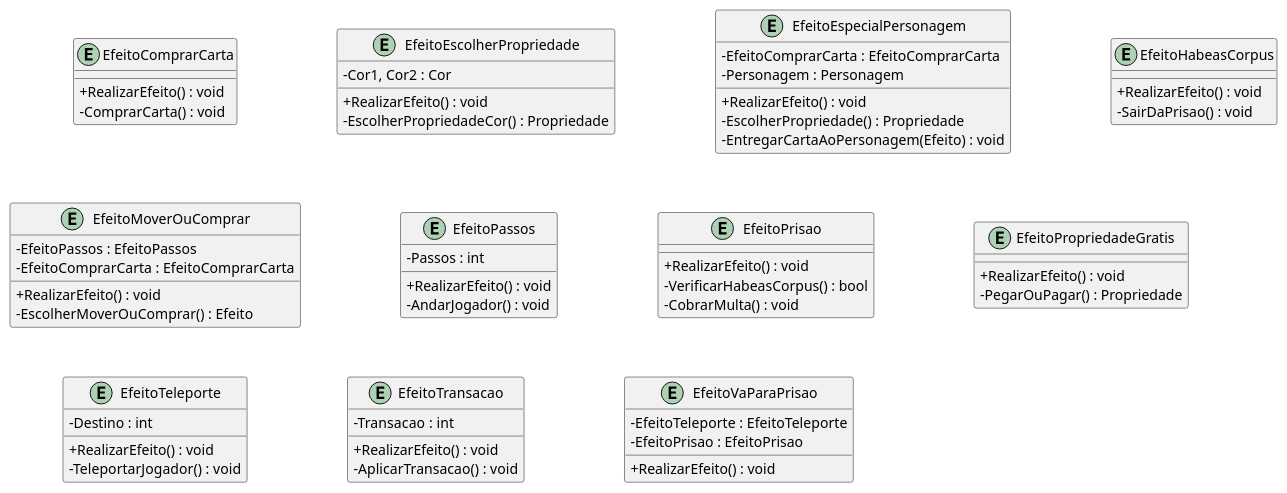
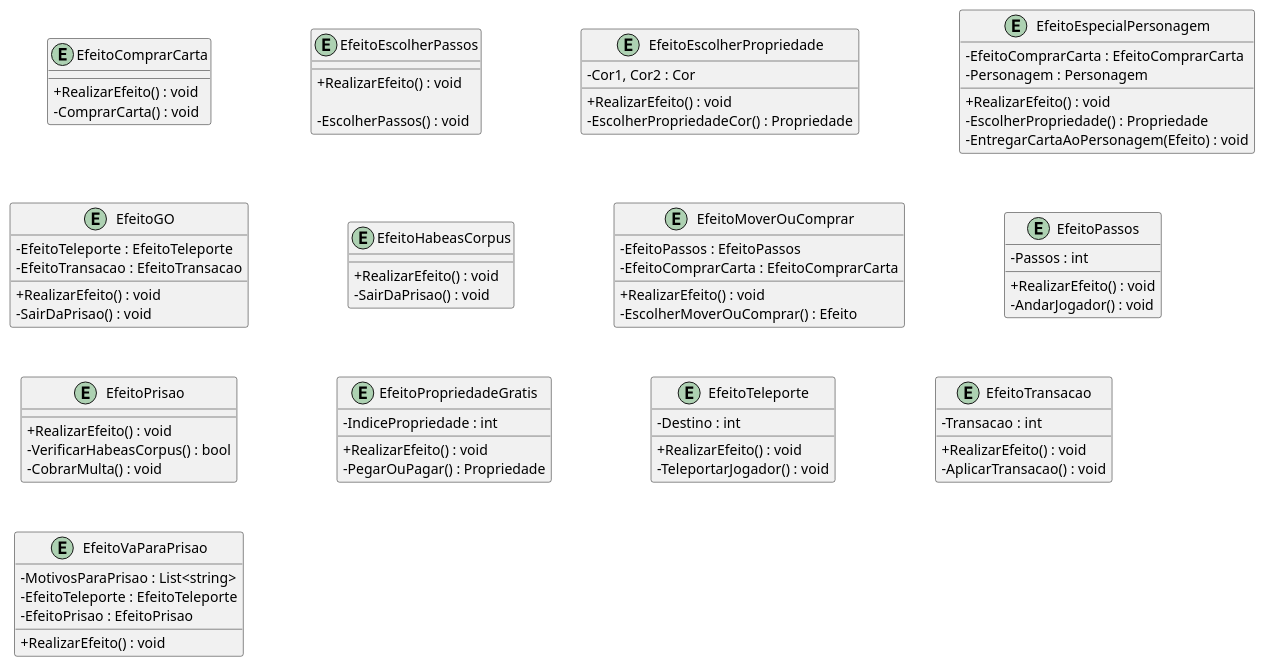
One commit to rogerpcto/ProjetoDeSoftware-UFF changed the diagram in Documentação/diagrama-de-classe efeitos.plantuml. Above: the diagram before and after it, drawn with PlantUML. The commit also changed 2 other files, not shown here.

Commit message:
Atualiza diagrama efeitos
- Muda nome de GUI para ficar igual ao código
- Atualiza enum Cor

```diff
--- a/Documentação/diagrama-de-classe efeitos.plantuml
+++ b/Documentação/diagrama-de-classe efeitos.plantuml
@@ -1,79 +1,97 @@
 @startuml diagrama
 skinparam linetype ortho
 skinparam classAttributeIconSize 0
 skinparam nodesep 100
 skinparam ranksep 50
 
 entity EfeitoComprarCarta{
     + RealizarEfeito() : void
     - ComprarCarta() : void 
+}
+
+entity EfeitoEscolherPassos{
+    + RealizarEfeito() : void
+
+    - EscolherPassos() : void
 }
 
 entity EfeitoEscolherPropriedade{
     - Cor1, Cor2 : Cor
 
     + RealizarEfeito() : void
     - EscolherPropriedadeCor() : Propriedade
 }
 
 entity EfeitoEspecialPersonagem{
     - EfeitoComprarCarta : EfeitoComprarCarta
     - Personagem : Personagem
 
     + RealizarEfeito() : void
     - EscolherPropriedade() : Propriedade
     - EntregarCartaAoPersonagem(Efeito) : void
+}
+
+entity EfeitoGO{
+    - EfeitoTeleporte : EfeitoTeleporte
+    - EfeitoTransacao : EfeitoTransacao 
+
+    + RealizarEfeito() : void
+    - SairDaPrisao() : void
 }
 
 entity EfeitoHabeasCorpus{
     + RealizarEfeito() : void
     - SairDaPrisao() : void
 }
 
 entity EfeitoMoverOuComprar{
     - EfeitoPassos : EfeitoPassos
     - EfeitoComprarCarta : EfeitoComprarCarta
 
     + RealizarEfeito() : void
     - EscolherMoverOuComprar() : Efeito
 }
 
 entity EfeitoPassos{
     - Passos : int
 
     + RealizarEfeito() : void
     - AndarJogador() : void
 }
 
 entity EfeitoPrisao{
     + RealizarEfeito() : void
     - VerificarHabeasCorpus() : bool
     - CobrarMulta() : void
 }
 
 entity EfeitoPropriedadeGratis{
+    - IndicePropriedade : int
+
     + RealizarEfeito() : void
     - PegarOuPagar() : Propriedade
 }
 
 entity EfeitoTeleporte{
     - Destino : int
 
     + RealizarEfeito() : void
     - TeleportarJogador() : void
 }
 
 entity EfeitoTransacao{
     - Transacao : int
 
     + RealizarEfeito() : void
     - AplicarTransacao() : void
 }
 
 entity EfeitoVaParaPrisao{
+    - MotivosParaPrisao : List<string>
     - EfeitoTeleporte : EfeitoTeleporte
     - EfeitoPrisao : EfeitoPrisao
+    
     + RealizarEfeito() : void
 }
 
 @enduml
```
